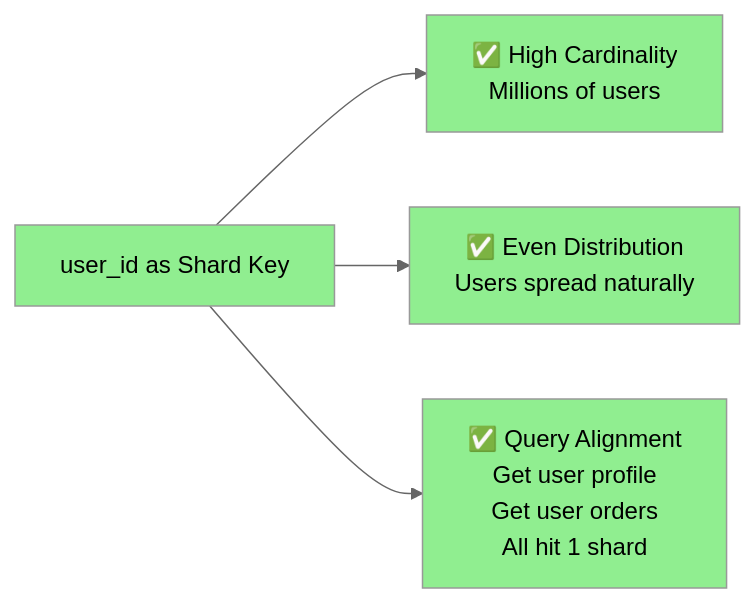
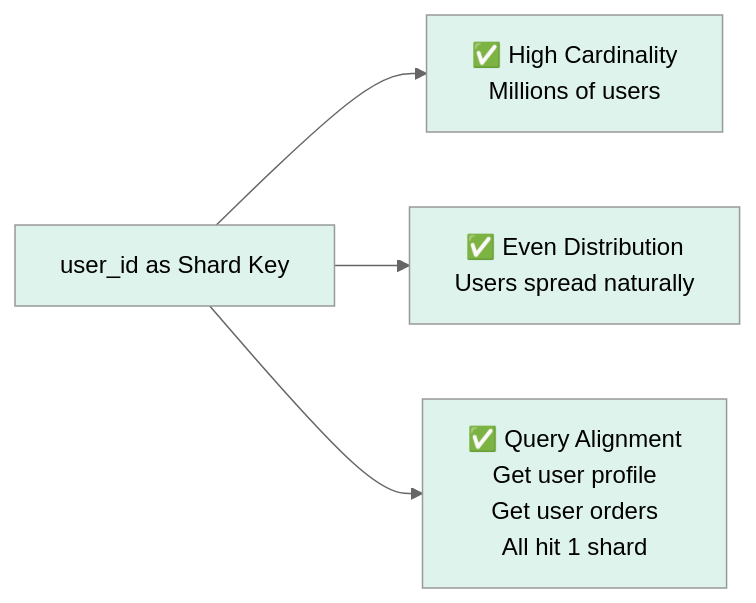
The ninth of 46 diagrams in LLD/CoreConcepts/Sharding.md (cartmancodes/InterviewVault), drawn with Mermaid (neutral theme) before and after one commit. The commit also changed other lines of this file and 679 other files, not shown here.

Commit message:
Unify content diagrams and add accessible visual walkthroughs

````diff
--- a/LLD/CoreConcepts/Sharding.md
+++ b/LLD/CoreConcepts/Sharding.md
@@ -245,13 +245,13 @@
 ```mermaid
 graph LR
     KEY[user_id as Shard Key]
     
     KEY --> C1[✅ High Cardinality<br/>Millions of users]
     KEY --> C2[✅ Even Distribution<br/>Users spread naturally]
     KEY --> C3[✅ Query Alignment<br/>Get user profile<br/>Get user orders<br/>All hit 1 shard]
     
-    style KEY fill:#90EE90
-    style C1 fill:#90EE90
-    style C2 fill:#90EE90
-    style C3 fill:#90EE90
+    style KEY fill:#DDF3EC
+    style C1 fill:#DDF3EC
+    style C2 fill:#DDF3EC
+    style C3 fill:#DDF3EC
 ```
````
